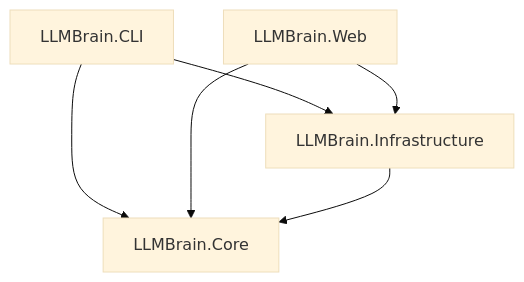
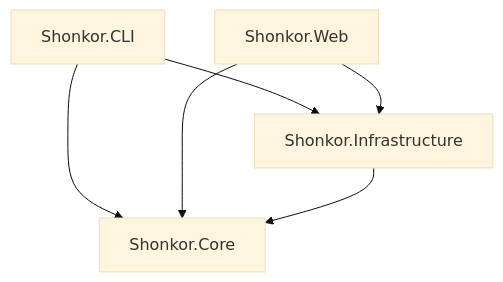
Before and after one commit to MrNedimBoztepe/Shonkor: the diagram in docs/developer/arc42/05_building_block_view.md, drawn with Mermaid (base theme). The commit also changed other lines of this file and 92 other files, not shown here.

First line of the commit message:
chore: rename LLMBrain -> Shonkor and harden engine, MCP & web

````diff
--- a/docs/developer/arc42/05_building_block_view.md
+++ b/docs/developer/arc42/05_building_block_view.md
@@ -11,8 +11,8 @@
 ```mermaid
 graph TD
-    CLI[LLMBrain.CLI] --> Core[LLMBrain.Core]
-    Web[LLMBrain.Web] --> Core
-    CLI --> Infra[LLMBrain.Infrastructure]
+    CLI[Shonkor.CLI] --> Core[Shonkor.Core]
+    Web[Shonkor.Web] --> Core
+    CLI --> Infra[Shonkor.Infrastructure]
     Web --> Infra
     Infra --> Core
 ```
````
